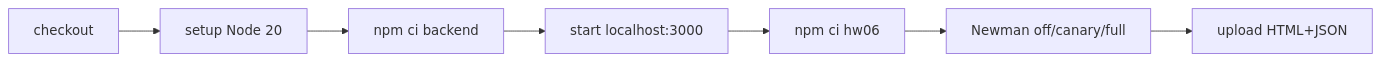
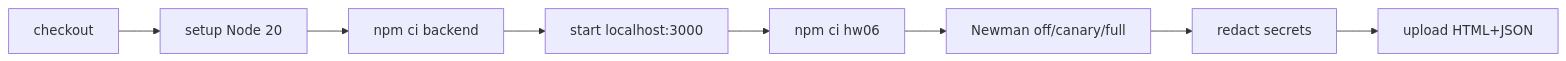
One commit to trngnneee/eshop-sut changed the diagram in hw06/report/cicd-report.md. Above: the diagram before and after it, drawn with Mermaid. The commit also changed other lines of this file and 3 other files, not shown here.

Commit message:
ci(hw06): chạy pipeline off xanh / canary đỏ và ghi SHA + link thật

````diff
--- a/hw06/report/cicd-report.md
+++ b/hw06/report/cicd-report.md
@@ -5,4 +5,4 @@
 ```mermaid
 flowchart LR
-A[checkout] --> B[setup Node 20] --> C[npm ci backend] --> D[start localhost:3000] --> E[npm ci hw06] --> F[Newman off/canary/full] --> G[upload HTML+JSON]
+A[checkout] --> B[setup Node 20] --> C[npm ci backend] --> D[start localhost:3000] --> E[npm ci hw06] --> F[Newman off/canary/full] --> G[redact secrets] --> H[upload HTML+JSON]
 ```
````
